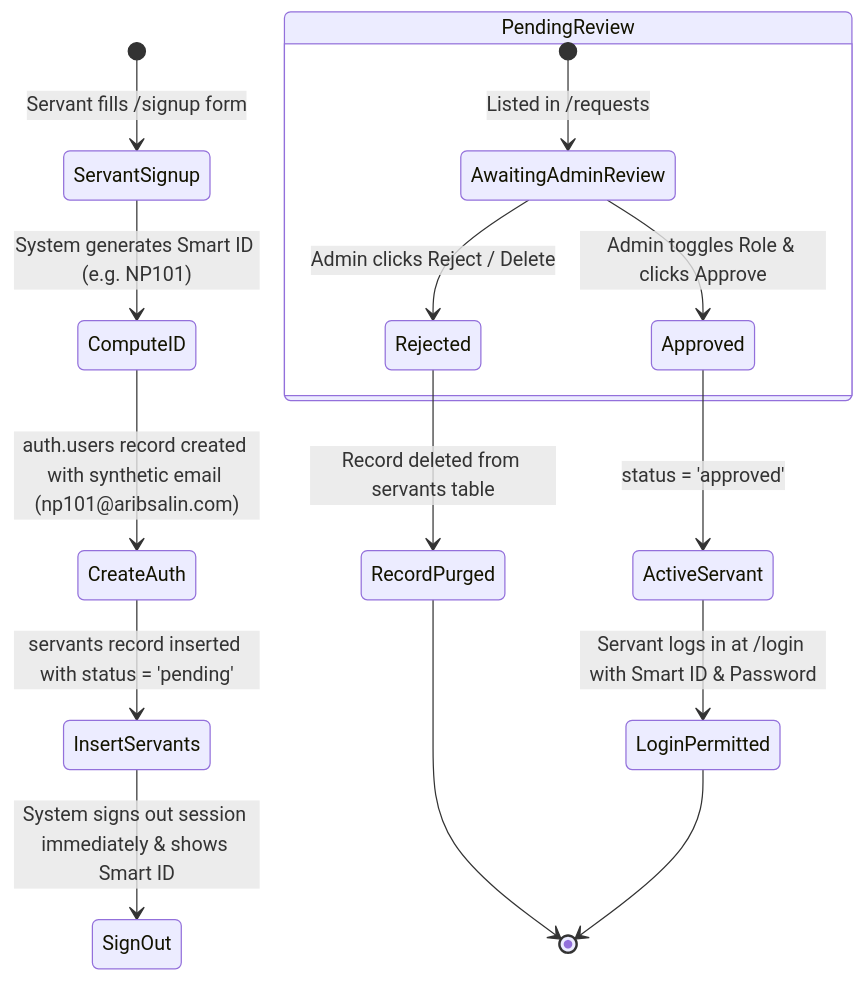
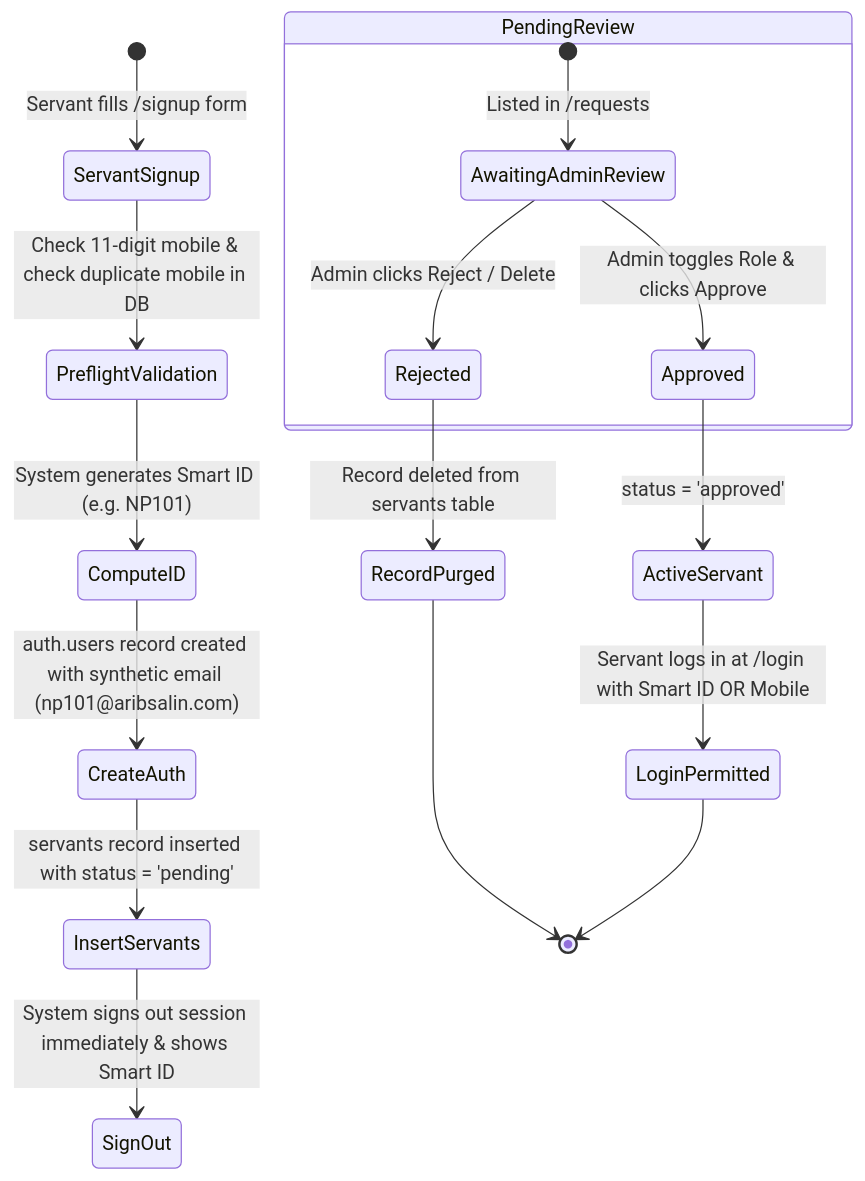
The fifth of 7 diagrams in MD/ARIBSALIN-DOCUMENTATION.md (BavlyPeter/Aribsalin), drawn with Mermaid before and after one commit. The commit also changed other lines of this file, not shown here.

````diff
--- a/MD/ARIBSALIN-DOCUMENTATION.md
+++ b/MD/ARIBSALIN-DOCUMENTATION.md
@@ -311,21 +344,22 @@
 ```mermaid
 stateDiagram-v2
     [*] --> ServantSignup: Servant fills /signup form
-    ServantSignup --> ComputeID: System generates Smart ID (e.g. NP101)
+    ServantSignup --> PreflightValidation: Check 11-digit mobile & check duplicate mobile in DB
+    PreflightValidation --> ComputeID: System generates Smart ID (e.g. NP101)
     ComputeID --> CreateAuth: auth.users record created with synthetic email (np101@aribsalin.com)
     CreateAuth --> InsertServants: servants record inserted with status = 'pending'
     InsertServants --> SignOut: System signs out session immediately & shows Smart ID
     
     state PendingReview {
         [*] --> AwaitingAdminReview: Listed in /requests
         AwaitingAdminReview --> Rejected: Admin clicks Reject / Delete
         AwaitingAdminReview --> Approved: Admin toggles Role & clicks Approve
     }
     
     Rejected --> RecordPurged: Record deleted from servants table
     RecordPurged --> [*]
     
     Approved --> ActiveServant: status = 'approved'
-    ActiveServant --> LoginPermitted: Servant logs in at /login with Smart ID & Password
+    ActiveServant --> LoginPermitted: Servant logs in at /login with Smart ID OR Mobile
     LoginPermitted --> [*]
 ```
````
